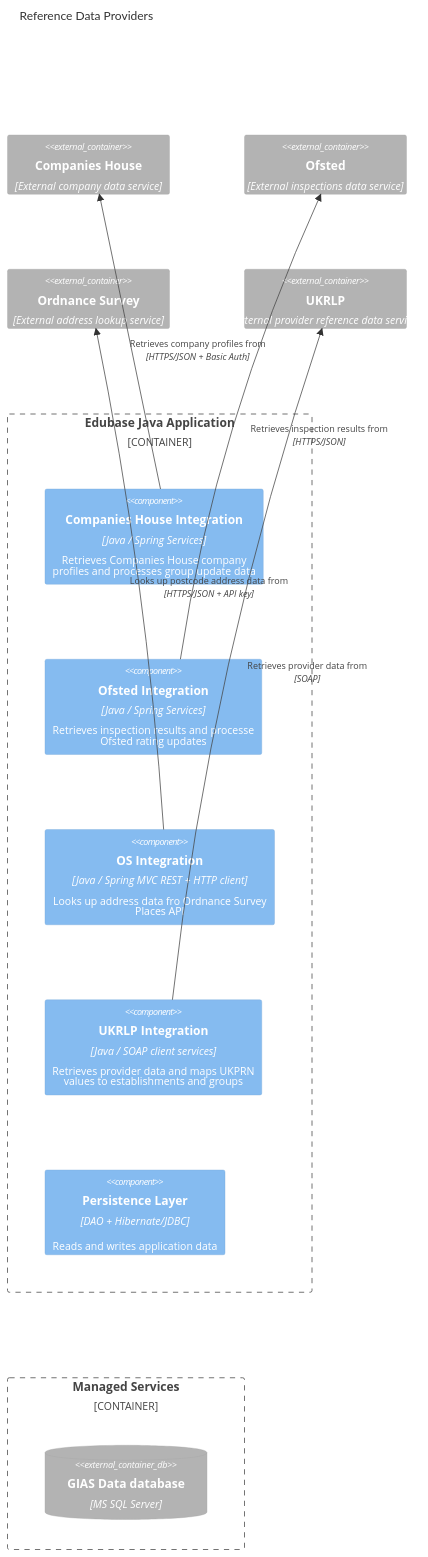
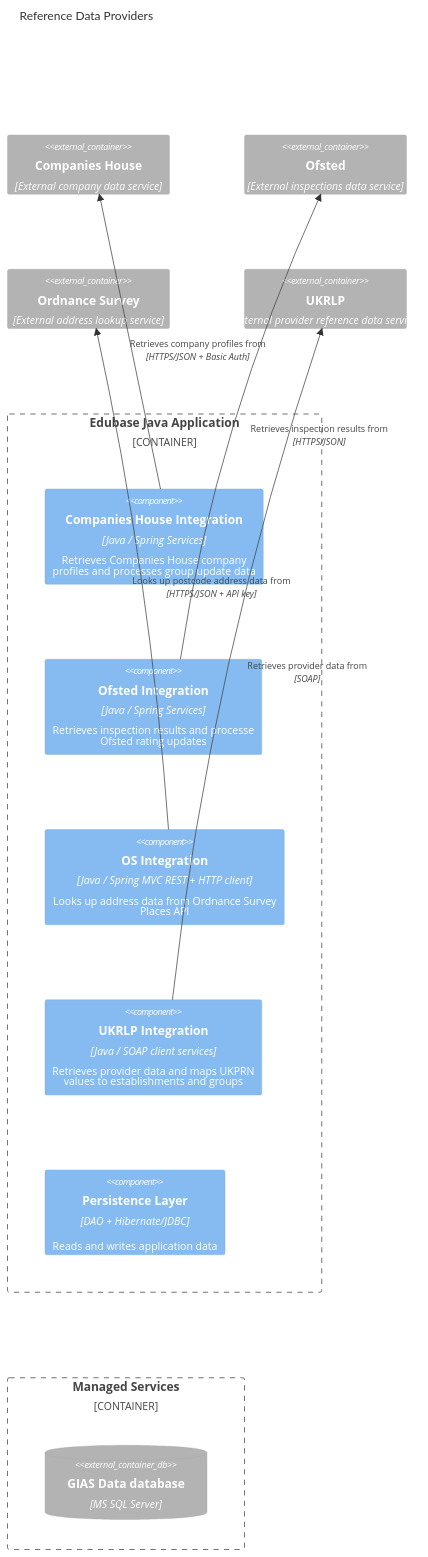
Before and after one commit to DFE-Digital/get-information-about-schools: the third of 4 diagrams in documentation/service/back-end-component.md, drawn with Mermaid. The commit also changed other lines of this file, not shown here.

Commit message:
component diagram

````diff
--- a/documentation/service/back-end-component.md
+++ b/documentation/service/back-end-component.md
@@ -151,35 +150,35 @@
 ```mermaid
 C4Component
     title Reference Data Providers
 
     UpdateLayoutConfig($c4ShapeInRow="4", $c4BoundaryInRow="1")
 
     Container_Ext(companies_house_ext, "Companies House", "External company data service")
     Container_Ext(ofsted_ext, "Ofsted", "External inspections data service")
     Container_Ext(os_ext, "Ordnance Survey", "External address lookup service")
     Container_Ext(ukrlp_ext, "UKRLP", "External provider reference data service")
 
 
     Container_Boundary(edubase, "Edubase Java Application") {
         Component(companiesHouse, "Companies House Integration", "Java / Spring Services", "Retrieves Companies House company<br> profiles and processes group update data")
         
         Component(ofsted, "Ofsted Integration", "Java / Spring Services", "Retrieves inspection results and processe<br>Ofsted rating updates")
         
-        Component(os, "OS Integration", "Java / Spring MVC REST + HTTP client", "Looks up address data fro Ordnance Survey<br>Places API")
+        Component(os, "OS Integration", "Java / Spring MVC REST + HTTP client", "Looks up address data from Ordnance Survey<br>Places API")
         
         Component(ukrlp, "UKRLP Integration", "Java / SOAP client services", "Retrieves provider data and maps UKPRN<br>values to establishments and groups")
 
         Component(persistence, "Persistence Layer", "DAO + Hibernate/JDBC", "Reads and writes application data")
     }
 
 
     Container_Boundary(managedServices, "Managed Services") {
       ContainerDb_Ext(sql_server, "GIAS Data database", "MS SQL Server")
     }
 
     Rel(companiesHouse, companies_house_ext, "Retrieves company profiles from", "HTTPS/JSON + Basic Auth")
     Rel(ofsted, ofsted_ext, "Retrieves inspection results from", "HTTPS/JSON")
     Rel(os, os_ext, "Looks up postcode address data from", "HTTPS/JSON + API key")
     Rel(ukrlp, ukrlp_ext, "Retrieves provider data from", "SOAP")
     
 ```
````
